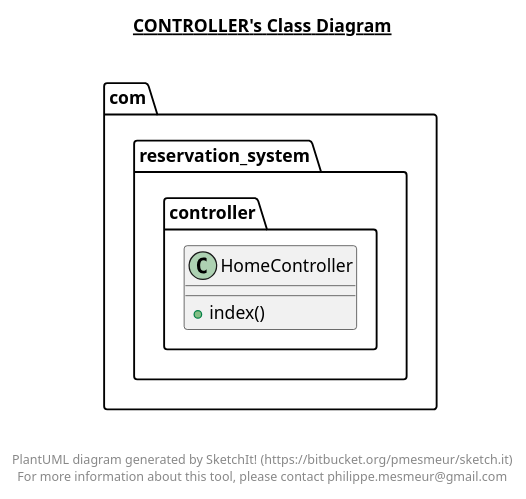
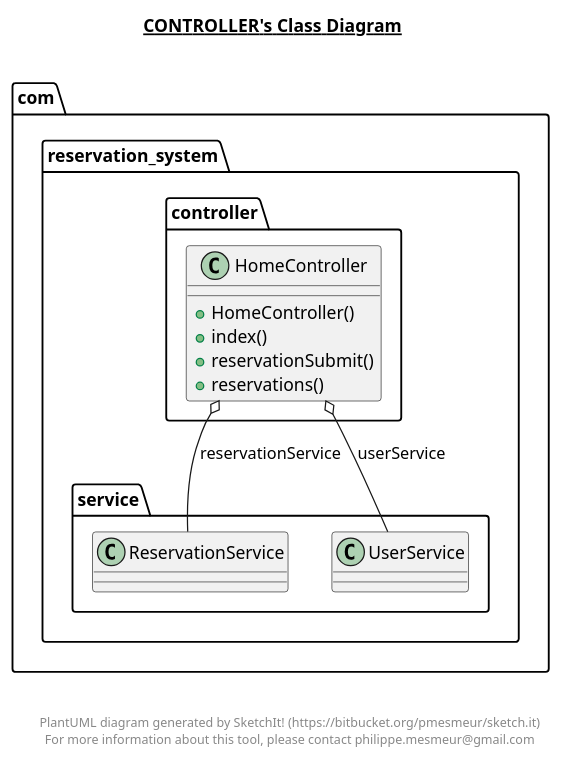
One commit to adam112henry/reservation-system changed the diagram in src/main/java/com/reservation_system/controller/controller.plantuml. Above: the diagram before and after it, drawn with PlantUML. The commit also changed 6 other files, not shown here.

Commit message:
updated class diagrams

```diff
--- a/src/main/java/com/reservation_system/controller/controller.plantuml
+++ b/src/main/java/com/reservation_system/controller/controller.plantuml
@@ -1,23 +1,28 @@
 @startuml
 
 title __CONTROLLER's Class Diagram__\n
 
   namespace com.reservation_system {
     namespace controller {
       class com.reservation_system.controller.HomeController {
+          + HomeController()
           + index()
+          + reservationSubmit()
+          + reservations()
       }
     }
   }
   
 
+  com.reservation_system.controller.HomeController o-- com.reservation_system.service.ReservationService : reservationService
+  com.reservation_system.controller.HomeController o-- com.reservation_system.service.UserService : userService
 
 
 right footer
 
 
 PlantUML diagram generated by SketchIt! (https://bitbucket.org/pmesmeur/sketch.it)
 For more information about this tool, please contact philippe.mesmeur@gmail.com
 endfooter
 
 @enduml
```
